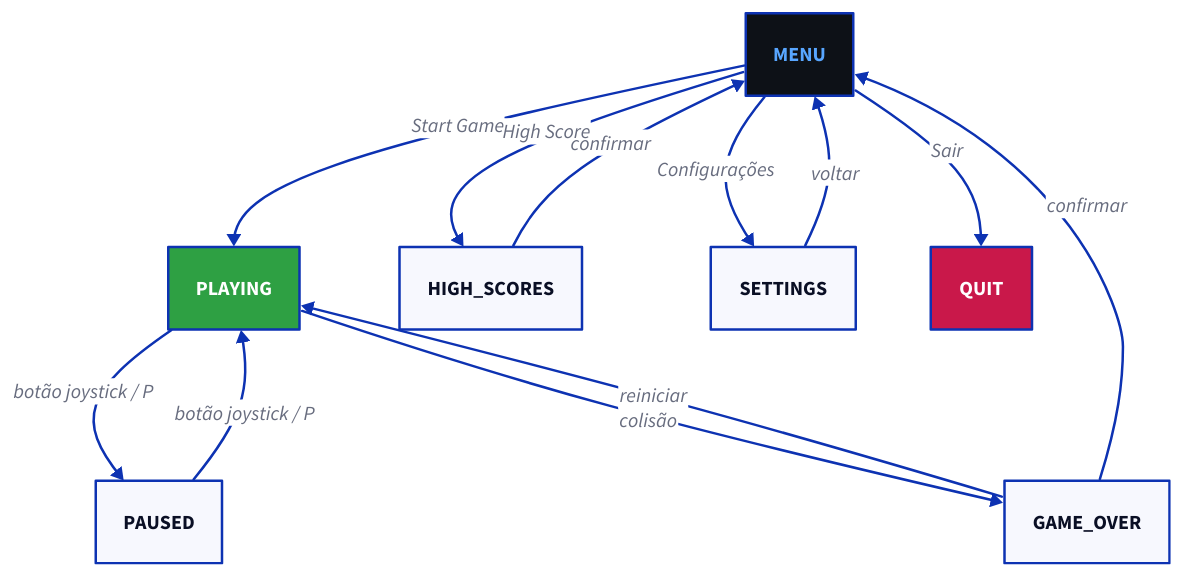
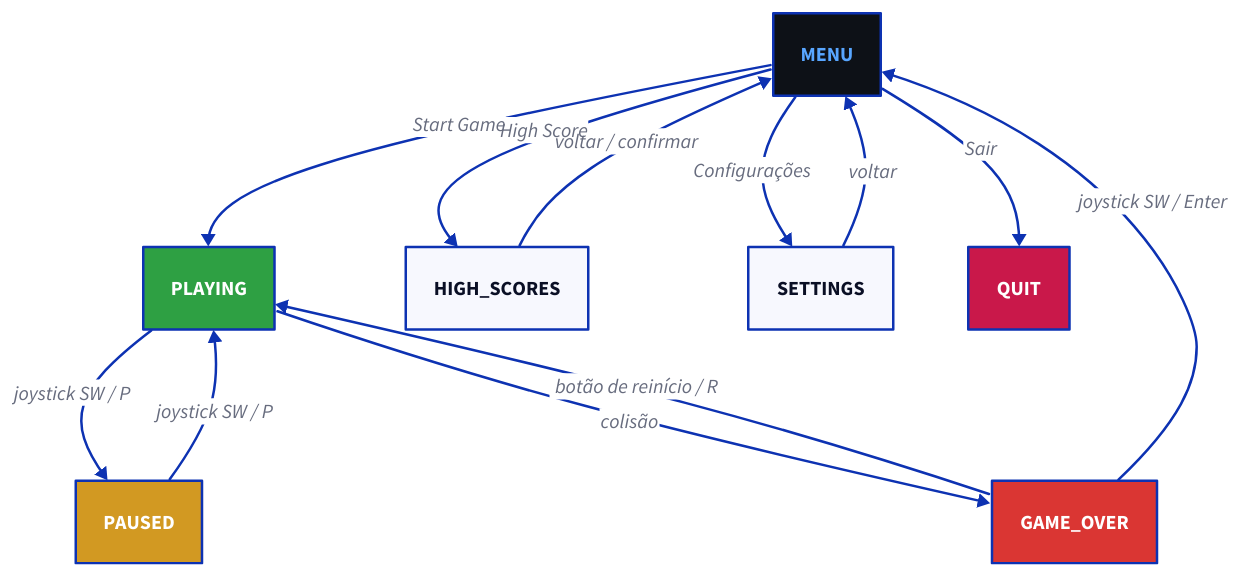
One commit to CarolinaTavaresDuarte/PCS3732-Projeto-Final changed the diagram in docs/diagramas/maquina_estados.d2. Above: the diagram before and after it, drawn with D2.

```diff
--- a/docs/diagramas/maquina_estados.d2
+++ b/docs/diagramas/maquina_estados.d2
@@ -1,23 +1,44 @@
-# Máquina de estados do jogo (modelagem comportamental)
-# Renderizar com:  d2 maquina_estados.d2 maquina_estados.svg
+# Máquina de estados do Snake Pi
+# Renderizar com: d2 maquina_estados_ajustada.d2 maquina_estados_ajustada.svg
 
 direction: down
 
 MENU -> PLAYING: Start Game
 MENU -> HIGH_SCORES: High Score
 MENU -> SETTINGS: Configurações
 MENU -> QUIT: Sair
 
-HIGH_SCORES -> MENU: confirmar
+HIGH_SCORES -> MENU: voltar / confirmar
 SETTINGS -> MENU: voltar
 
-PLAYING -> PAUSED: botão joystick / P
-PAUSED -> PLAYING: botão joystick / P
+PLAYING -> PAUSED: joystick SW / P
+PAUSED -> PLAYING: joystick SW / P
 PLAYING -> GAME_OVER: colisão
 
-GAME_OVER -> PLAYING: reiniciar
-GAME_OVER -> MENU: confirmar
+GAME_OVER -> PLAYING: botão de reinício / R
+GAME_OVER -> MENU: joystick SW / Enter
 
-QUIT: {style.fill: "#c9184a"; style.font-color: "#fff"}
-MENU: {style.fill: "#0d1117"; style.font-color: "#58a6ff"}
-PLAYING: {style.fill: "#2ea043"; style.font-color: "#fff"}
+QUIT: {
+  style.fill: "#c9184a"
+  style.font-color: "#ffffff"
+}
+
+MENU: {
+  style.fill: "#0d1117"
+  style.font-color: "#58a6ff"
+}
+
+PLAYING: {
+  style.fill: "#2ea043"
+  style.font-color: "#ffffff"
+}
+
+PAUSED: {
+  style.fill: "#d29922"
+  style.font-color: "#ffffff"
+}
+
+GAME_OVER: {
+  style.fill: "#da3633"
+  style.font-color: "#ffffff"
+}
```
